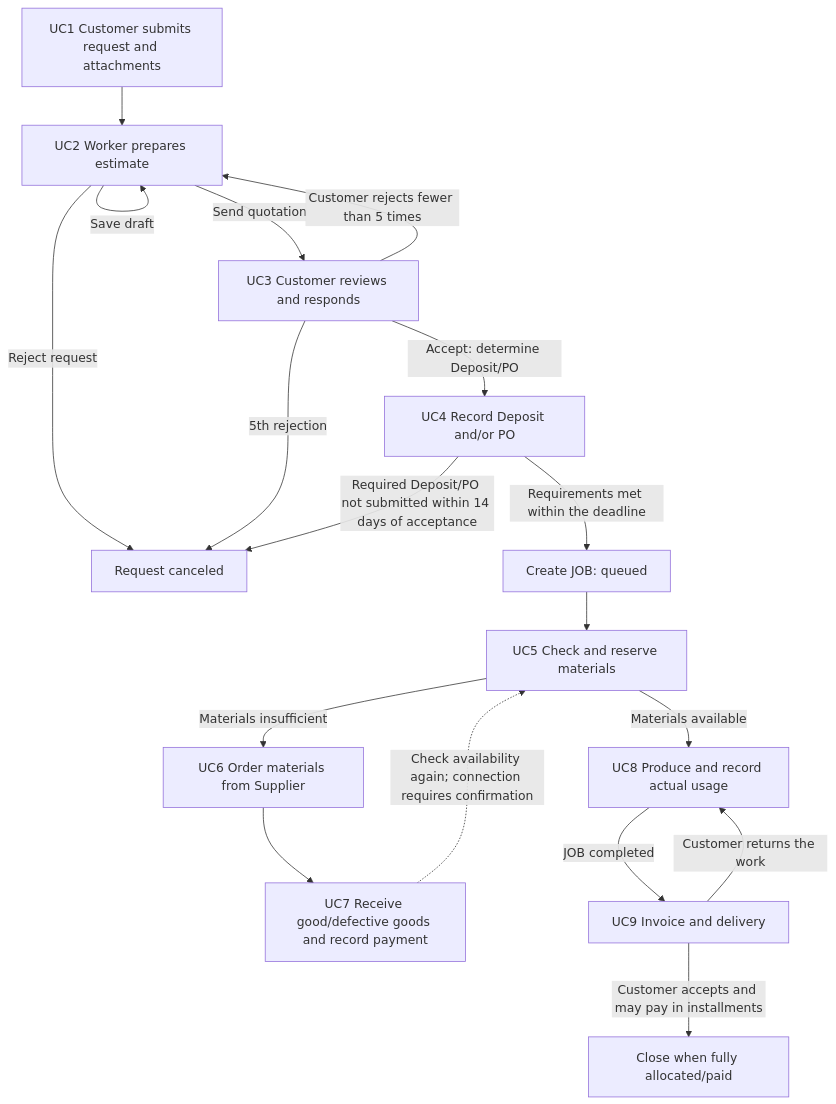
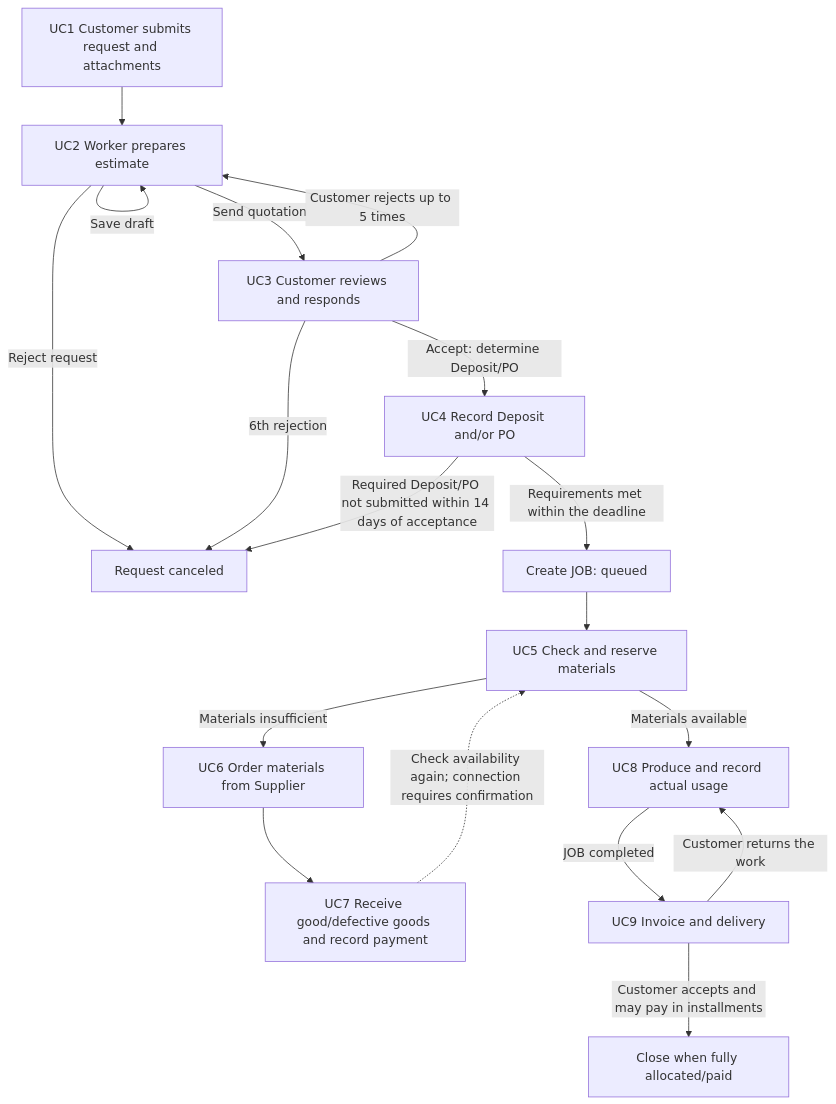
One commit to 01418321-SA-Lathe-Shop/sa-lathe-shop-fe changed the diagram in docs/02-frontend.md. Above: the diagram before and after it, drawn with Mermaid. The commit also changed other lines of this file and 4 other files, not shown here.

````diff
--- a/docs/02-frontend.md
+++ b/docs/02-frontend.md
@@ -18,20 +35,20 @@
 ```mermaid
 flowchart TD
   UC1[UC1 Customer submits request and attachments] --> UC2[UC2 Worker prepares estimate]
   UC2 -->|Send quotation| UC3[UC3 Customer reviews and responds]
   UC2 -->|Save draft| UC2
   UC2 -->|Reject request| CANCELED[Request canceled]
-  UC3 -->|Customer rejects fewer than 5 times| UC2
-  UC3 -->|5th rejection| CANCELED
+  UC3 -->|Customer rejects up to 5 times| UC2
+  UC3 -->|6th rejection| CANCELED
   UC3 -->|Accept: determine Deposit/PO| UC4[UC4 Record Deposit and/or PO]
   UC4 -->|Requirements met within the deadline| JOB[Create JOB: queued]
   UC4 -->|Required Deposit/PO not submitted within 14 days of acceptance| CANCELED
   JOB --> UC5[UC5 Check and reserve materials]
   UC5 -->|Materials available| UC8[UC8 Produce and record actual usage]
   UC5 -->|Materials insufficient| UC6[UC6 Order materials from Supplier]
   UC6 --> UC7[UC7 Receive good/defective goods and record payment]
   UC7 -.->|Check availability again; connection requires confirmation| UC5
   UC8 -->|JOB completed| UC9[UC9 Invoice and delivery]
   UC9 -->|Customer returns the work| UC8
   UC9 -->|Customer accepts and may pay in installments| DONE[Close when fully allocated/paid]
 ```
````
